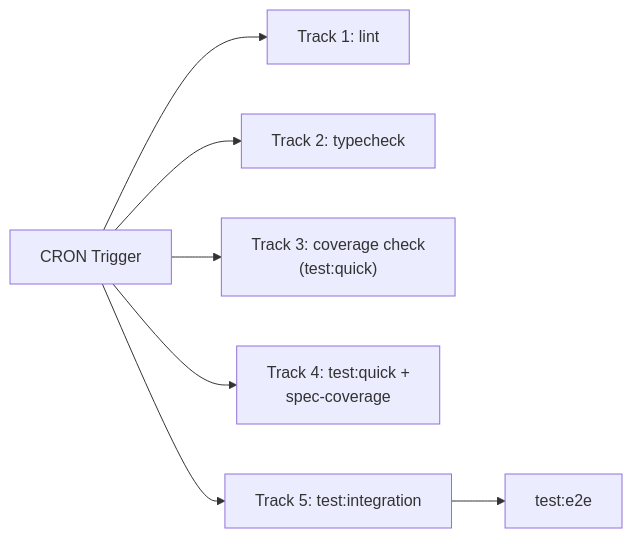
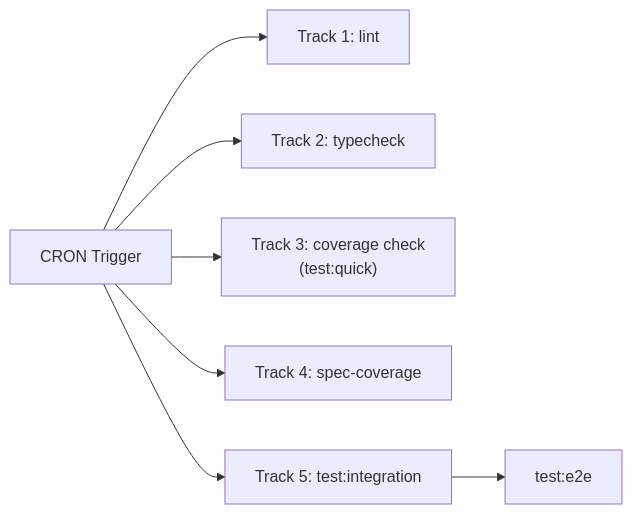
The diagram in plans/in-progress/2026-03-31__ci-standardization/requirements.md (wahidyankf/open-sharia-enterprise), drawn with Mermaid before and after one commit. The commit also changed other lines of this file and 2 other files, not shown here.

Commit message:
fix(plans): resolve cross-file inconsistencies in CI standardization plan
Fix 5 issues found during recheck:
- Track 4 redundancy: was running test:quick again (already in Track 3),
  now runs spec-coverage only
- AD8 contradiction: CLI specs entry now says "restructure to
  cli/gherkin/" matching R0.2 and W12, not "keep as-is"
- W1 reference: "4-track CRON" → "5-track CRON"
- AD2 diagram: add spec-coverage to PR quality gate targets
- W8/W16 overlap: W8 now defers .env.example creation to W16

````diff
--- a/plans/in-progress/2026-03-31__ci-standardization/requirements.md
+++ b/plans/in-progress/2026-03-31__ci-standardization/requirements.md
@@ -467,9 +467,9 @@
 ```mermaid
 flowchart LR
     CRON["CRON Trigger"] --> LINT["Track 1: lint"]
     CRON --> TC["Track 2: typecheck"]
     CRON --> COV["Track 3: coverage check<br/>(test:quick)"]
-    CRON --> SPEC["Track 4: test:quick +<br/>spec-coverage"]
+    CRON --> SPEC["Track 4: spec-coverage"]
     CRON --> INT["Track 5: test:integration"]
     INT --> E2E["test:e2e"]
 ```
````
